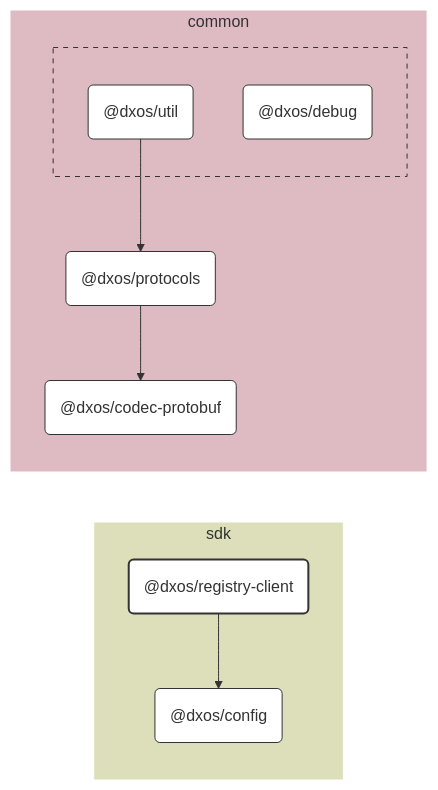
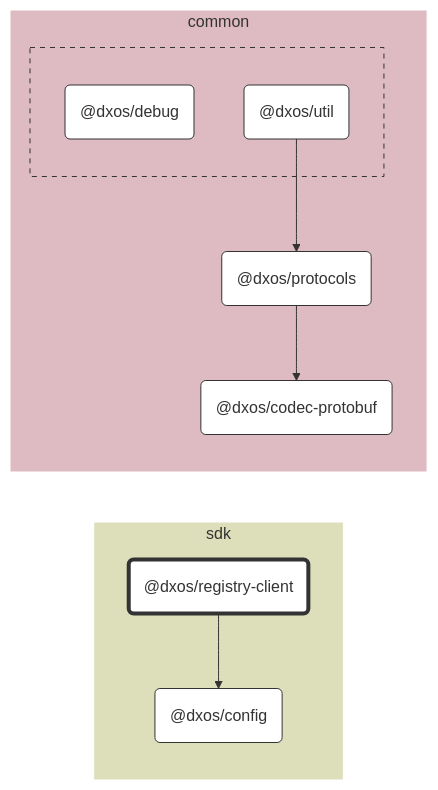
One commit to dxos/dxos changed the diagram in packages/sdk/registry-client/docs/README.md. Above: the diagram before and after it, drawn with Mermaid. The commit also changed 104 other files, not shown here.

````diff
--- a/packages/sdk/registry-client/docs/README.md
+++ b/packages/sdk/registry-client/docs/README.md
@@ -7,53 +7,41 @@
 ```mermaid
 %%{ init: {'flowchart':{'curve':'basis'}} }%%
 
 flowchart LR
 
-%% Links
-dxos/protocols --> dxos/codec-protobuf;
-dxos/registry-client --> dxos/config;
-dxos/util --> dxos/protocols;
+%% Classes
+classDef def fill:#fff,stroke:#333,stroke-width:1px
+classDef root fill:#fff,stroke:#333,stroke-width:4px
 
-%% Sections
-subgraph sdk
-  style sdk fill:#dddeba,stroke:#fff;
+%% Nodes
 
-  dxos/config("@dxos/config")
-  dxos/registry-client("@dxos/registry-client")
+subgraph sdk [sdk]
+  style sdk fill:#dddeba,stroke:#fff
+  dxos/registry-client("@dxos/registry-client"):::root
+  click dxos/registry-client "dxos/dxos/tree/main/packages/sdk/registry-client/docs"
+  dxos/config("@dxos/config"):::def
+  click dxos/config "dxos/dxos/tree/main/packages/sdk/config/docs"
 end
 
-subgraph common
-  style common fill:#debac2,stroke:#fff;
-
-  dxos/codec-protobuf("@dxos/codec-protobuf")
-  dxos/protocols("@dxos/protocols")
+subgraph common [common]
+  style common fill:#debac2,stroke:#fff
+  dxos/codec-protobuf("@dxos/codec-protobuf"):::def
+  click dxos/codec-protobuf "dxos/dxos/tree/main/packages/common/codec-protobuf/docs"
+  dxos/protocols("@dxos/protocols"):::def
+  click dxos/protocols "dxos/dxos/tree/main/packages/common/protocols/docs"
 
   subgraph common-excluded [ ]
-    style common-excluded fill:#debac2,stroke:#333,stroke-dasharray:5 5;
-
-    dxos/debug("@dxos/debug")
-    dxos/util("@dxos/util")
+    style common-excluded fill:#debac2,stroke:#333,stroke-dasharray:5 5
+    dxos/debug("@dxos/debug"):::def
+    click dxos/debug "dxos/dxos/tree/main/packages/common/debug/docs"
+    dxos/util("@dxos/util"):::def
+    click dxos/util "dxos/dxos/tree/main/packages/common/util/docs"
   end
 end
 
-
-%% Hyperlinks
-click dxos/codec-protobuf "dxos/dxos/tree/main/packages/common/codec-protobuf/docs";
-click dxos/config "dxos/dxos/tree/main/packages/sdk/config/docs";
-click dxos/debug "dxos/dxos/tree/main/packages/common/debug/docs";
-click dxos/protocols "dxos/dxos/tree/main/packages/common/protocols/docs";
-click dxos/util "dxos/dxos/tree/main/packages/common/util/docs";
-
-%% Styles
-classDef rootNode fill:#fff,stroke:#333,stroke-width:2px
-classDef defaultNode fill:#fff,stroke:#333,stroke-width:1px
+%% Links
 linkStyle default stroke:#333,stroke-width:1px
-
-dxos/registry-client:::rootNode
-
-dxos/codec-protobuf:::defaultNode
-dxos/config:::defaultNode
-dxos/debug:::defaultNode
-dxos/protocols:::defaultNode
-dxos/util:::defaultNode
+dxos/registry-client --> dxos/config
+dxos/protocols --> dxos/codec-protobuf
+dxos/util --> dxos/protocols
 ```
````
